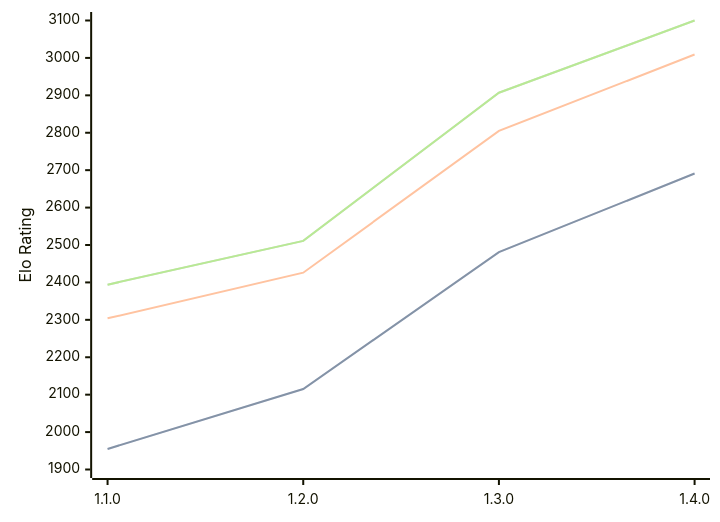
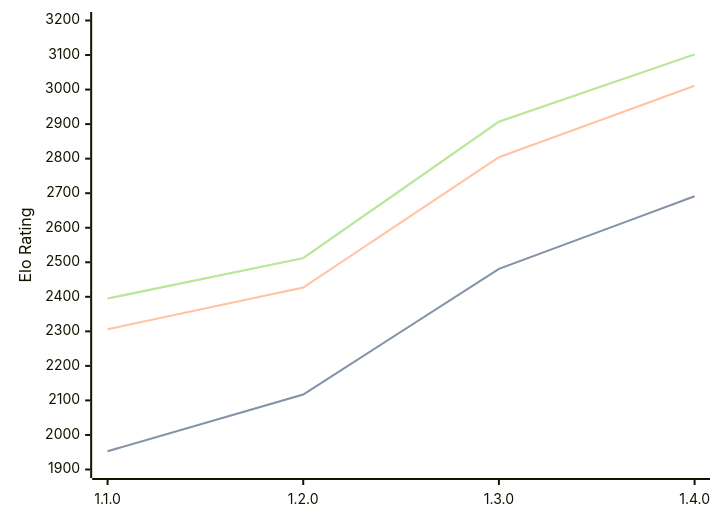
Before and after one commit to computer-chess-index/cci: the third of 3 diagrams in engines/Gyatso.md, drawn with Mermaid. The commit also changed other lines of this file, not shown here.

Commit message:
Update CCI Ratings (ELO VLTC) - 2026-06-20

````diff
--- a/engines/Gyatso.md
+++ b/engines/Gyatso.md
@@ -68,11 +68,11 @@
 ```mermaid
 %%{init: {"theme":"base","themeVariables":{"seriesColors:['#a3a3a3','#222221','#faa371']}}}%%
 xychart-beta
   x-axis ["1.1.0", "1.2.0", "1.3.0", "1.4.0"]
-  y-axis "Elo Rating" 1900 --> 3100
-  line "STC (8.0+0.08s)" [1955, 2115, 2481, 2691]
-  line "STC (8.0+0.08s)" [1955, 2115, 2481, 2691]
-  line "LTC (60.0+0.60s)" [2304, 2426, 2805, 3009]
-  line "VLTC (2m24s+1.12s)" [2394, 2511, 2907, 3100]
-  line "VLTC (2m24s+1.12s)" [2394, 2511, 2907, 3100]
+  y-axis "Elo Rating" 1900 --> 3200
+  line "STC (8.0+0.08s)" [1953, 2117, 2481, 2691]
+  line "STC (8.0+0.08s)" [1953, 2117, 2481, 2691]
+  line "LTC (60.0+0.60s)" [2306, 2427, 2804, 3011]
+  line "VLTC (2m24s+1.12s)" [2395, 2512, 2907, 3102]
+  line "VLTC (2m24s+1.12s)" [2395, 2512, 2907, 3102]
 ```
````
